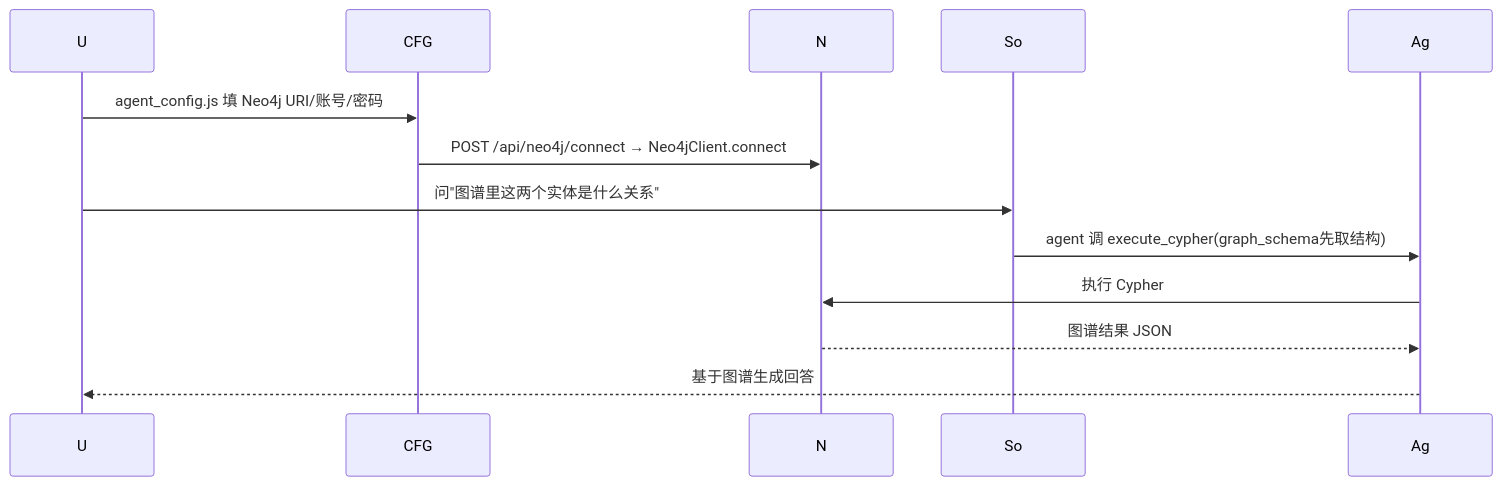
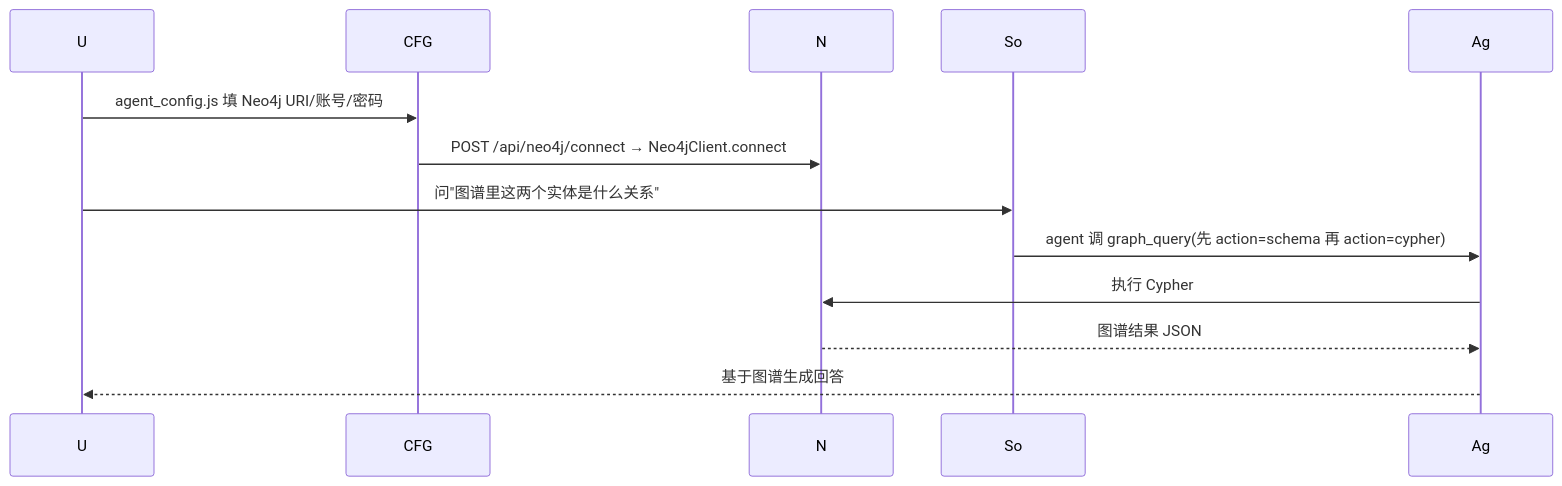
The tenth of 11 diagrams in 项目架构说明.md (C4E-JNU/C4E), drawn with Mermaid before and after one commit. The commit also changed other lines of this file and 61 other files, not shown here.

````diff
--- a/项目架构说明.md
+++ b/项目架构说明.md
@@ -405,10 +404,10 @@
 ```mermaid
 sequenceDiagram
     U->>CFG: agent_config.js 填 Neo4j URI/账号/密码
     CFG->>N: POST /api/neo4j/connect → Neo4jClient.connect
     U->>So: 问"图谱里这两个实体是什么关系"
-    So->>Ag: agent 调 execute_cypher(graph_schema先取结构)
+    So->>Ag: agent 调 graph_query(先 action=schema 再 action=cypher)
     Ag->>N: 执行 Cypher
     N-->>Ag: 图谱结果 JSON
     Ag-->>U: 基于图谱生成回答
 ```
````
